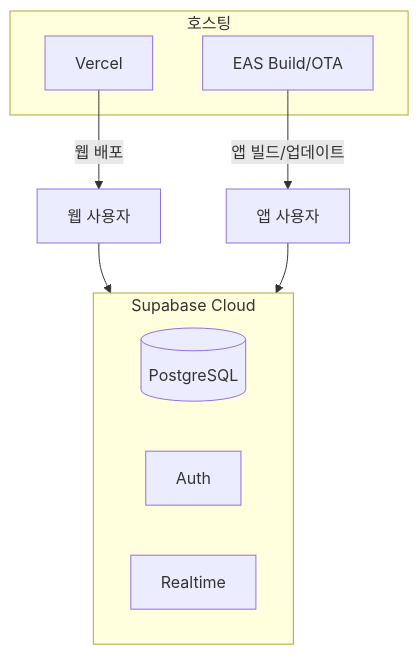
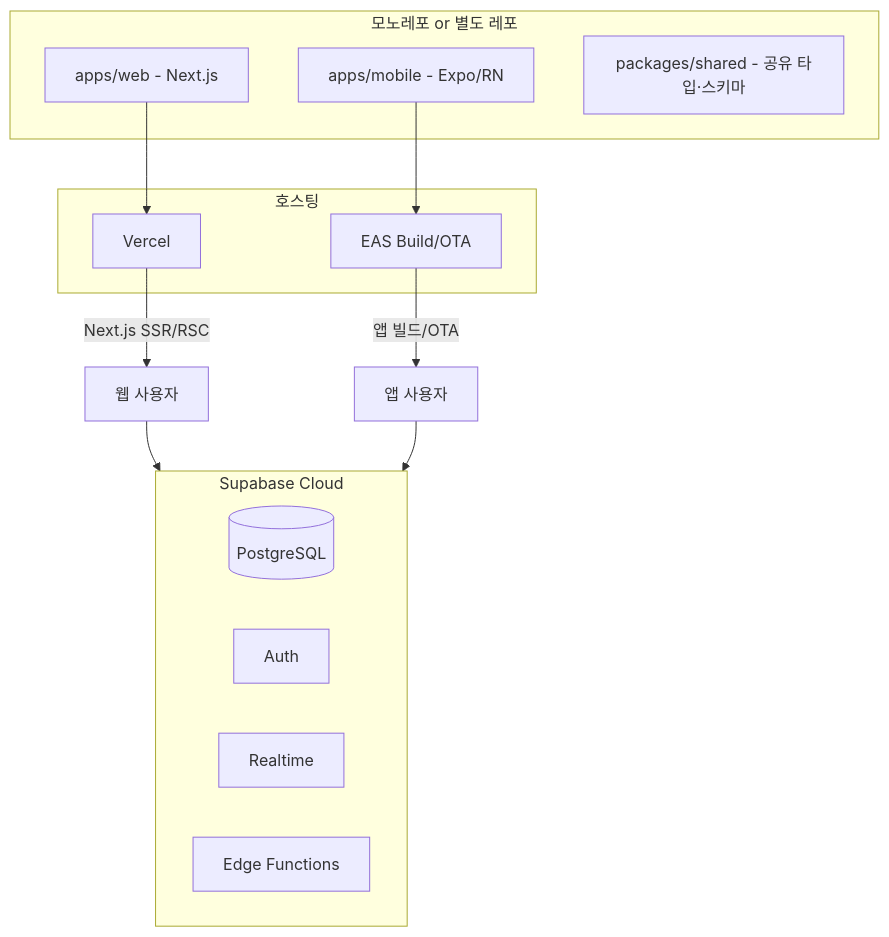
The second of 2 diagrams in docs/WEB_VERCEL_DESIGN.md (gunnysis/hermit-comm_v1), drawn with Mermaid before and after one commit. The commit also changed other lines of this file, not shown here.

First line of the commit message:
docs: WEB_VERCEL_DESIGN.md 개발환경 및 설계 전면 개선

````diff
--- a/docs/WEB_VERCEL_DESIGN.md
+++ b/docs/WEB_VERCEL_DESIGN.md
@@ -40,16 +40,24 @@
 ```mermaid
 flowchart TB
+  subgraph monorepo [모노레포 or 별도 레포]
+    AppCode[apps/mobile - Expo/RN]
+    WebCode[apps/web - Next.js]
+    Shared[packages/shared - 공유 타입·스키마]
+  end
   subgraph hosting [호스팅]
     Vercel[Vercel]
     EAS[EAS Build/OTA]
   end
   subgraph supabase [Supabase Cloud]
     DB[(PostgreSQL)]
     Auth[Auth]
     Realtime[Realtime]
+    EdgeFn[Edge Functions]
   end
-  Vercel -->|웹 배포| WebUser[웹 사용자]
-  EAS -->|앱 빌드/업데이트| AppUser[앱 사용자]
+  WebCode --> Vercel
+  AppCode --> EAS
+  Vercel -->|Next.js SSR/RSC| WebUser[웹 사용자]
+  EAS -->|앱 빌드/OTA| AppUser[앱 사용자]
   WebUser --> supabase
   AppUser --> supabase
 ```
````
